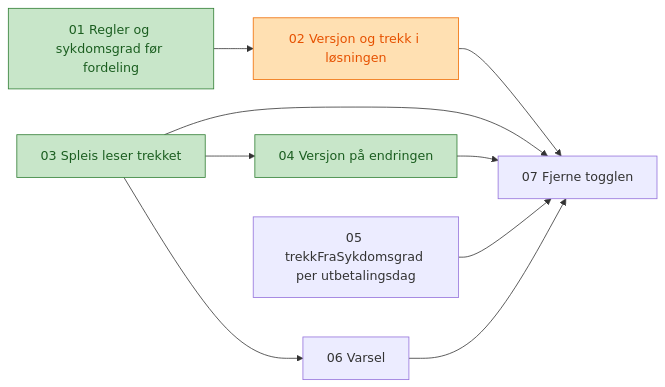
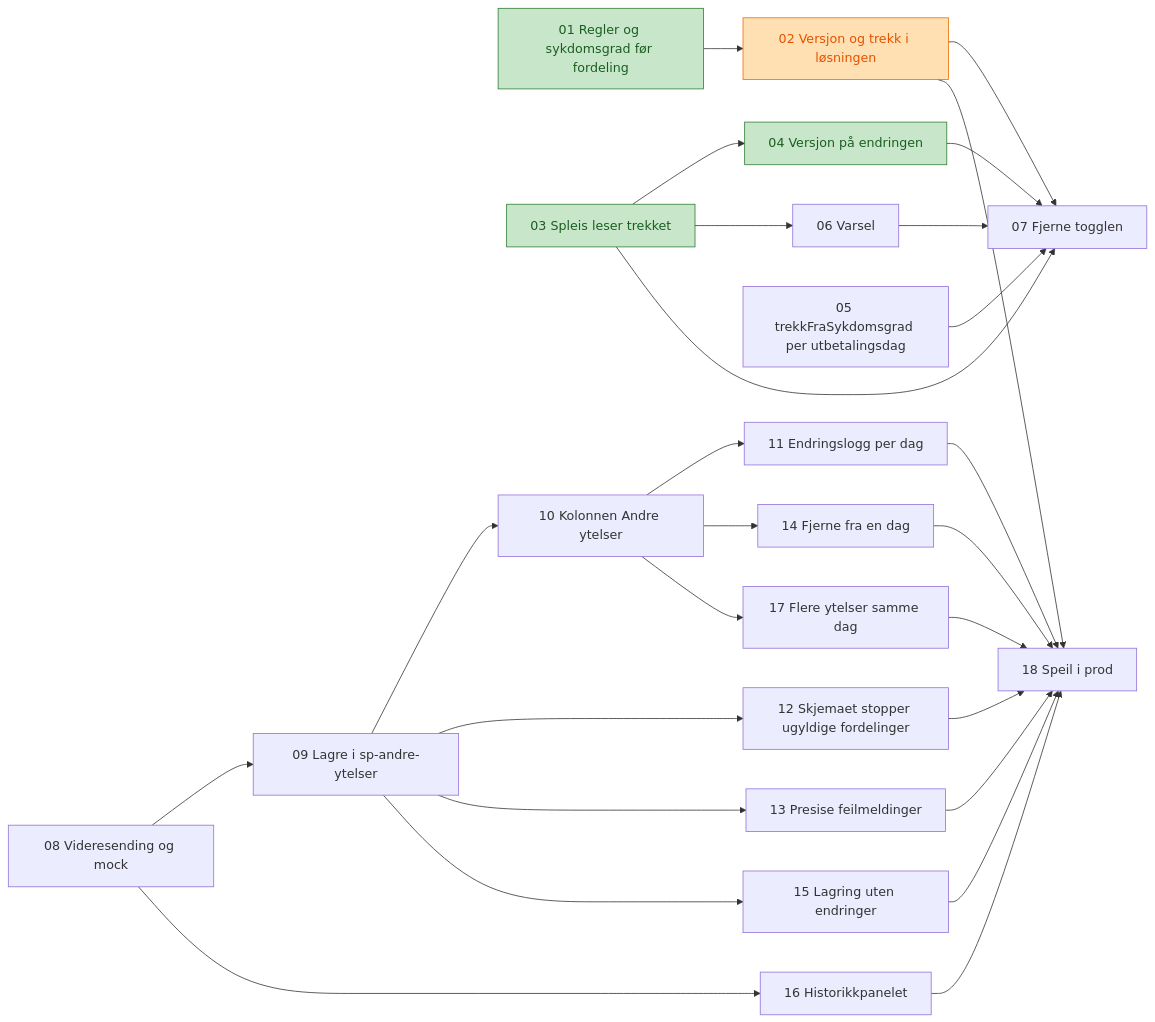
Before and after one commit to navikt/helse-sas-meta: the diagram in docs/tickets/graderte-andre-ytelser/index.md, drawn with Mermaid. The commit also changed other lines of this file and 16 other files, not shown here.

Commit message:
📝 Oppdater Speil-tickets for graderte andre ytelser

````diff
--- a/docs/tickets/graderte-andre-ytelser/index.md
+++ b/docs/tickets/graderte-andre-ytelser/index.md
@@ -15,16 +26,33 @@
 ```mermaid
 flowchart LR
     T01[01 Regler og sykdomsgrad før fordeling] --> T02[02 Versjon og trekk i løsningen]
     T03[03 Spleis leser trekket] --> T04[04 Versjon på endringen]
     T03 --> T06[06 Varsel]
     T02 --> T07[07 Fjerne togglen]
     T03 --> T07
     T04 --> T07
     T05[05 trekkFraSykdomsgrad per utbetalingsdag] --> T07
     T06 --> T07
+    T08[08 Videresending og mock] --> T09[09 Lagre i sp-andre-ytelser]
+    T09 --> T10[10 Kolonnen Andre ytelser]
+    T10 --> T11[11 Endringslogg per dag]
+    T09 --> T12[12 Skjemaet stopper ugyldige fordelinger]
+    T09 --> T13[13 Presise feilmeldinger]
+    T10 --> T14[14 Fjerne fra en dag]
+    T09 --> T15[15 Lagring uten endringer]
+    T08 --> T16[16 Historikkpanelet]
+    T10 --> T17[17 Flere ytelser samme dag]
+    T02 --> T18[18 Speil i prod]
+    T11 --> T18
+    T12 --> T18
+    T13 --> T18
+    T14 --> T18
+    T15 --> T18
+    T16 --> T18
+    T17 --> T18
 
     classDef ferdig fill:#c8e6c9,stroke:#2e7d32,color:#1b5e20
     classDef pagar fill:#ffe0b2,stroke:#ef6c00,color:#e65100
     class T01,T03,T04 ferdig
     class T02 pagar
 ```
````
